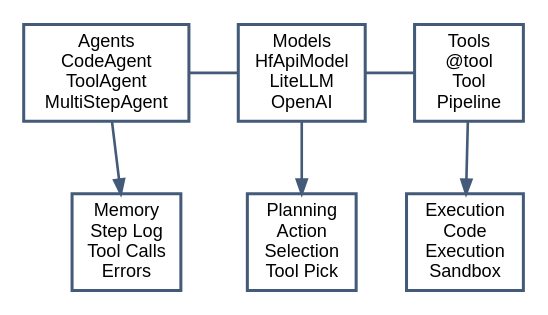
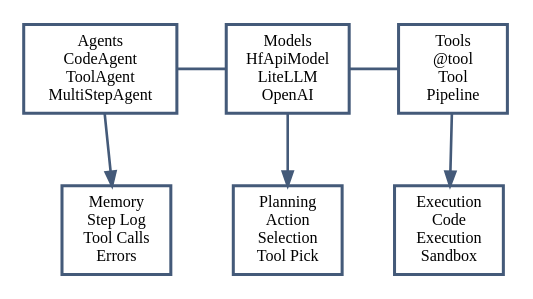
One commit to quiznat/tot-hf-survey-artifacts changed the diagram in assets/diagram_smolagents_arch.dot. Above: the diagram before and after it, drawn with Graphviz. The commit also changed 16 other files, not shown here.

Commit message:
Align diagram typography to manuscript style

```diff
--- a/assets/diagram_smolagents_arch.dot
+++ b/assets/diagram_smolagents_arch.dot
@@ -1,26 +1,26 @@
 digraph G {
-  graph [bgcolor="#ffffff", pad="0.06", nodesep="0.34", ranksep="0.50", splines="polyline", fontname="Helvetica", fontcolor="#162130", margin="0.02", rankdir="TB"];
-  node [shape="box", style="filled", fillcolor="#ffffff", color="#445a79", penwidth="1.5", fontname="Helvetica", fontsize="9", margin="0.08,0.06"];
-  edge [color="#445a79", penwidth="1.3", arrowsize="0.70", fontname="Helvetica", fontsize="11", fontcolor="#162130"];
+  graph [bgcolor="#ffffff", pad="0.06", nodesep="0.34", ranksep="0.50", splines="polyline", fontname="Times-Roman", fontcolor="#162130", margin="0.02", rankdir="TB"];
+  node [shape="box", style="filled", fillcolor="#ffffff", color="#445a79", penwidth="1.5", fontname="Times-Roman", fontsize="8", margin="0.08,0.06"];
+  edge [color="#445a79", penwidth="1.3", arrowsize="0.70", fontname="Times-Roman", fontsize="8", fontcolor="#162130"];
 
   agents [label="Agents\nCodeAgent\nToolAgent\nMultiStepAgent"];
   models [label="Models\nHfApiModel\nLiteLLM\nOpenAI"];
   tools [label="Tools\n@tool\nTool\nPipeline"];
 
   memory [label="Memory\nStep Log\nTool Calls\nErrors"];
   planning [label="Planning\nAction\nSelection\nTool Pick"];
   execution [label="Execution\nCode\nExecution\nSandbox"];
 
   { rank=same; agents; models; tools }
   { rank=same; memory; planning; execution }
 
   agents -> models [dir=none, arrowhead=none, arrowtail=none];
   models -> tools [dir=none, arrowhead=none, arrowtail=none];
 
   agents -> memory;
   models -> planning;
   tools -> execution;
 
   memory -> planning [style=invis];
   planning -> execution [style=invis];
 }
```
